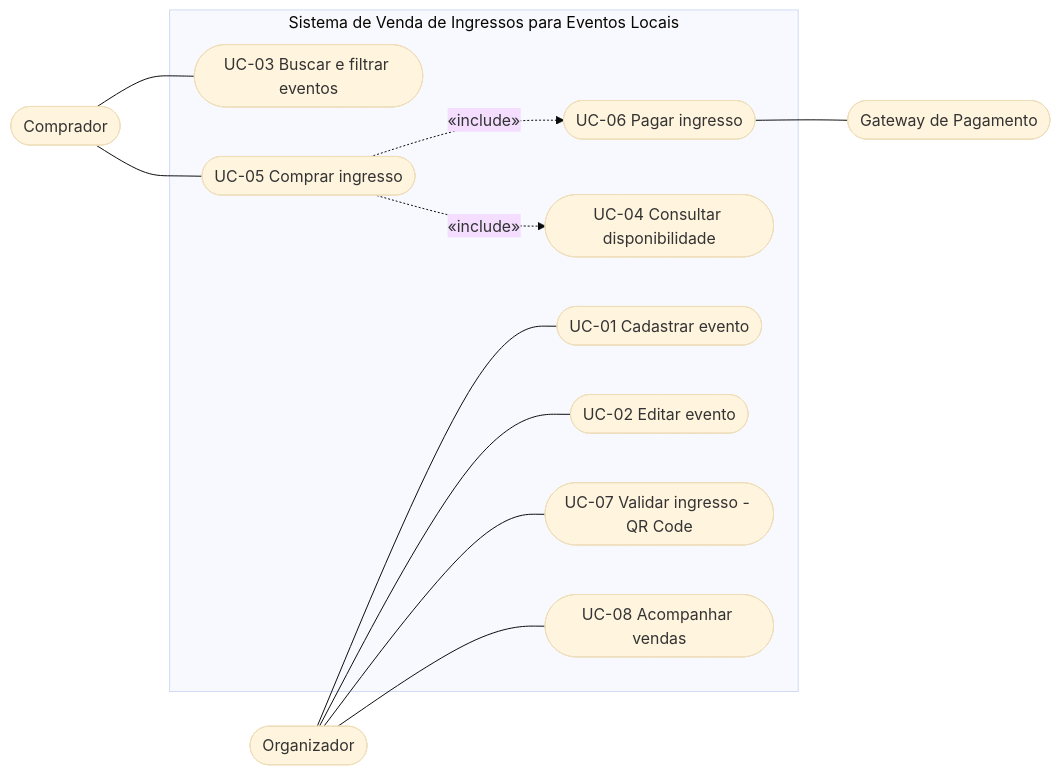
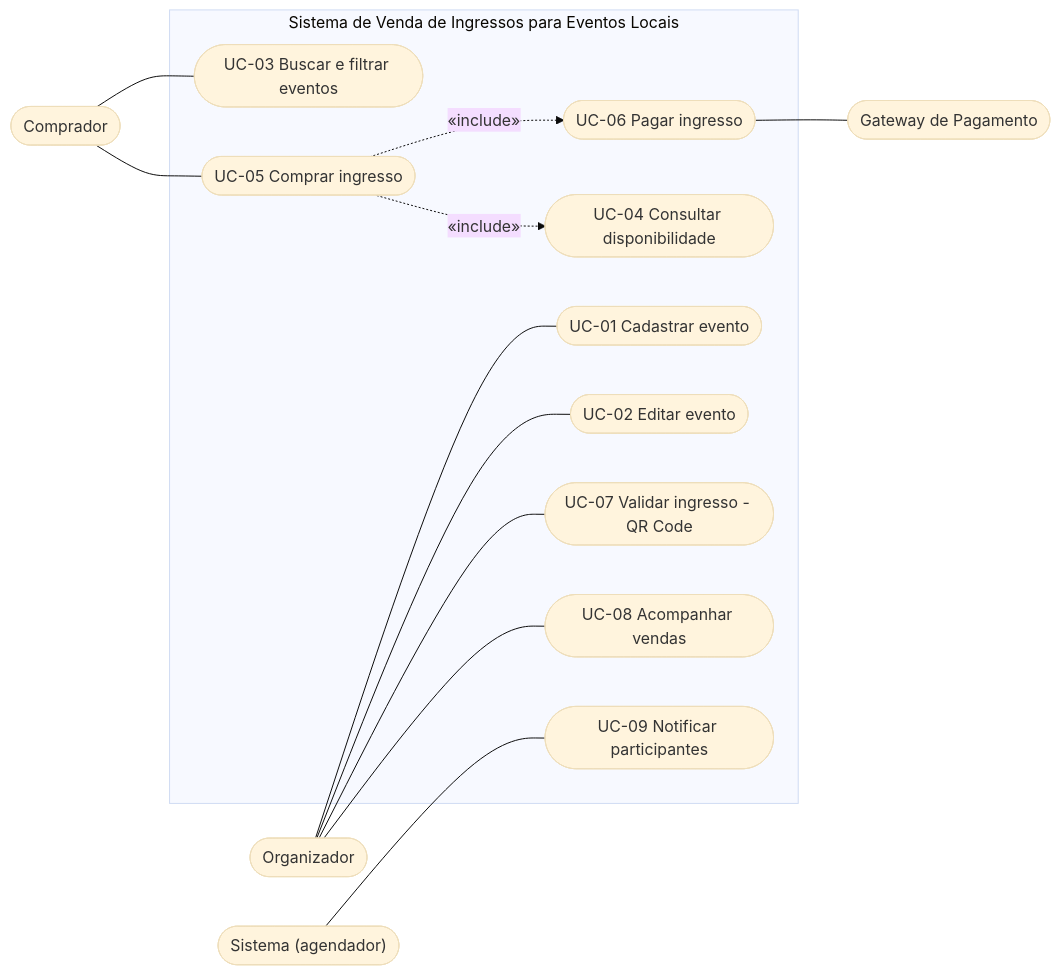
The diagram in diagramas/fontes/DiagramaCasosDeUso.mmd (iranmotaa/venda-de-ingressos-para-eventos-locais), drawn with Mermaid (base theme) before and after one commit. The commit also changed 1 other file, not shown here.

Commit message:
feat: UC-09 e agendador no diagrama de casos de uso

```diff
--- a/diagramas/fontes/DiagramaCasosDeUso.mmd
+++ b/diagramas/fontes/DiagramaCasosDeUso.mmd
@@ -1,26 +1,29 @@
 flowchart LR
     Comprador(["Comprador"])
     Organizador(["Organizador"])
     Gateway(["Gateway de Pagamento"])
+    Agendador(["Sistema (agendador)"])
 
     subgraph Sistema["Sistema de Venda de Ingressos para Eventos Locais"]
         UC01([UC-01 Cadastrar evento])
         UC02([UC-02 Editar evento])
         UC03([UC-03 Buscar e filtrar eventos])
         UC04([UC-04 Consultar disponibilidade])
         UC05([UC-05 Comprar ingresso])
         UC06([UC-06 Pagar ingresso])
         UC07([UC-07 Validar ingresso - QR Code])
         UC08([UC-08 Acompanhar vendas])
+        UC09([UC-09 Notificar participantes])
     end
 
     Organizador --- UC01
     Organizador --- UC02
     Organizador --- UC07
     Organizador --- UC08
     Comprador --- UC03
     Comprador --- UC05
     UC06 --- Gateway
+    Agendador --- UC09
 
     UC05 -. "«include»" .-> UC06
     UC05 -. "«include»" .-> UC04
```
